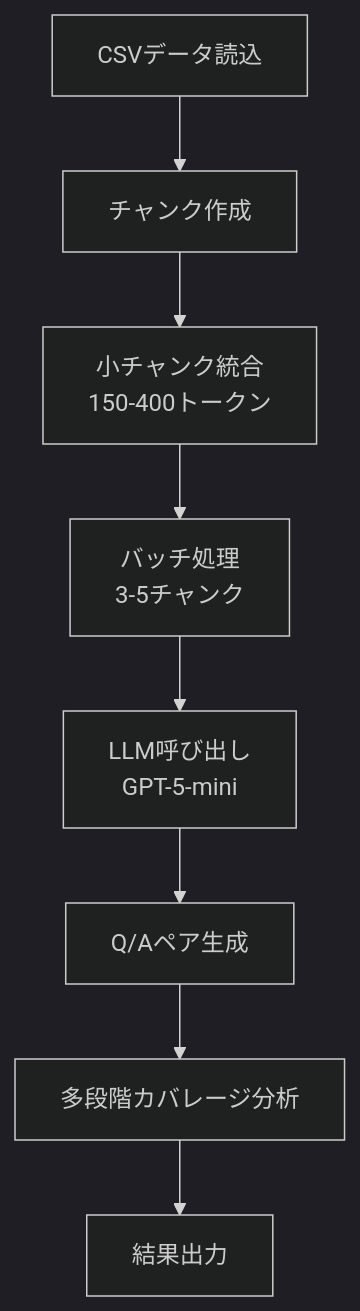
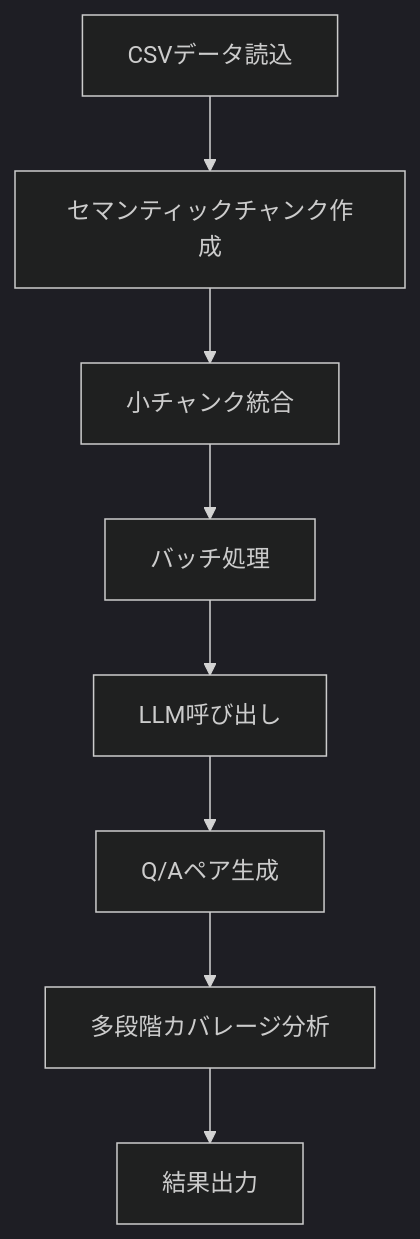
The first of 5 diagrams in doc/coverage_feature_comparison.md (nakashima2toshio/openai_rag_qa_jp), drawn with Mermaid (dark theme) before and after one commit. The commit also changed other lines of this file and 30 other files, not shown here.

````diff
--- a/doc/coverage_feature_comparison.md
+++ b/doc/coverage_feature_comparison.md
@@ -45,10 +46,10 @@
 ```mermaid
 graph TD
-    A[CSVデータ読込] --> B[チャンク作成]
-    B --> C[小チャンク統合<br/>150-400トークン]
-    C --> D[バッチ処理<br/>3-5チャンク]
-    D --> E[LLM呼び出し<br/>GPT-5-mini]
+    A[CSVデータ読込] --> B[セマンティックチャンク作成]
+    B --> C[小チャンク統合]
+    C --> D[バッチ処理]
+    D --> E[LLM呼び出し]
     E --> F[Q/Aペア生成]
     F --> G[多段階カバレージ分析]
     G --> H[結果出力]
 ```
````
